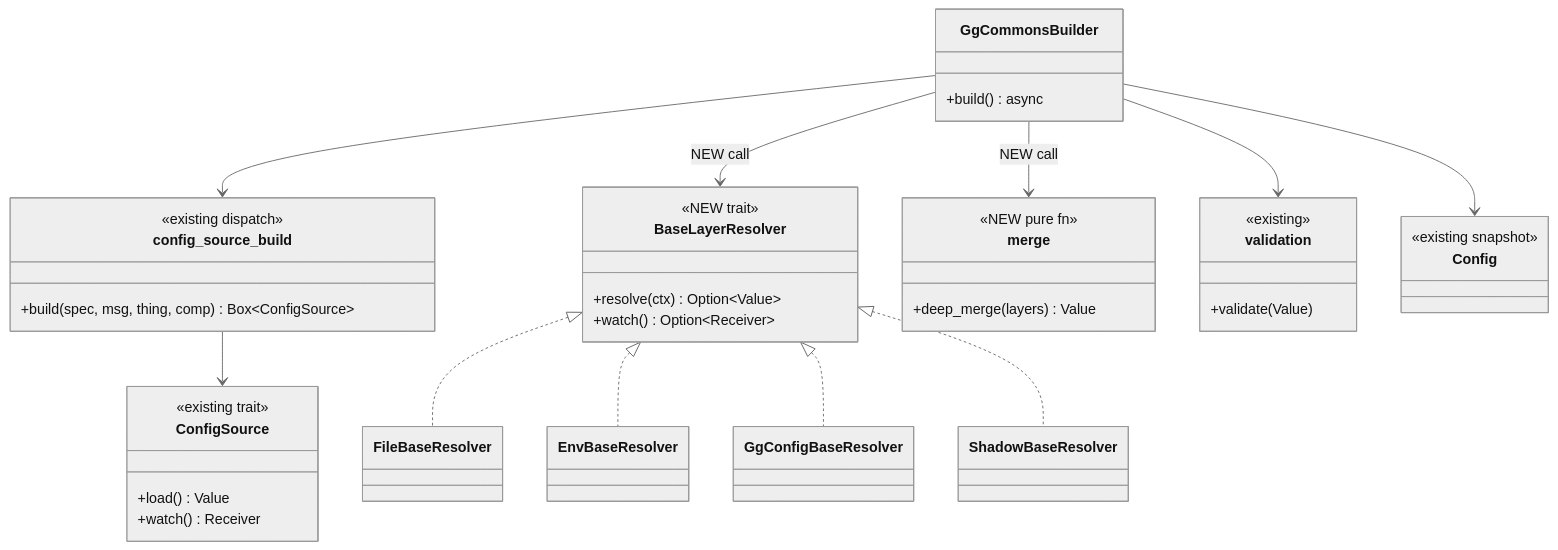
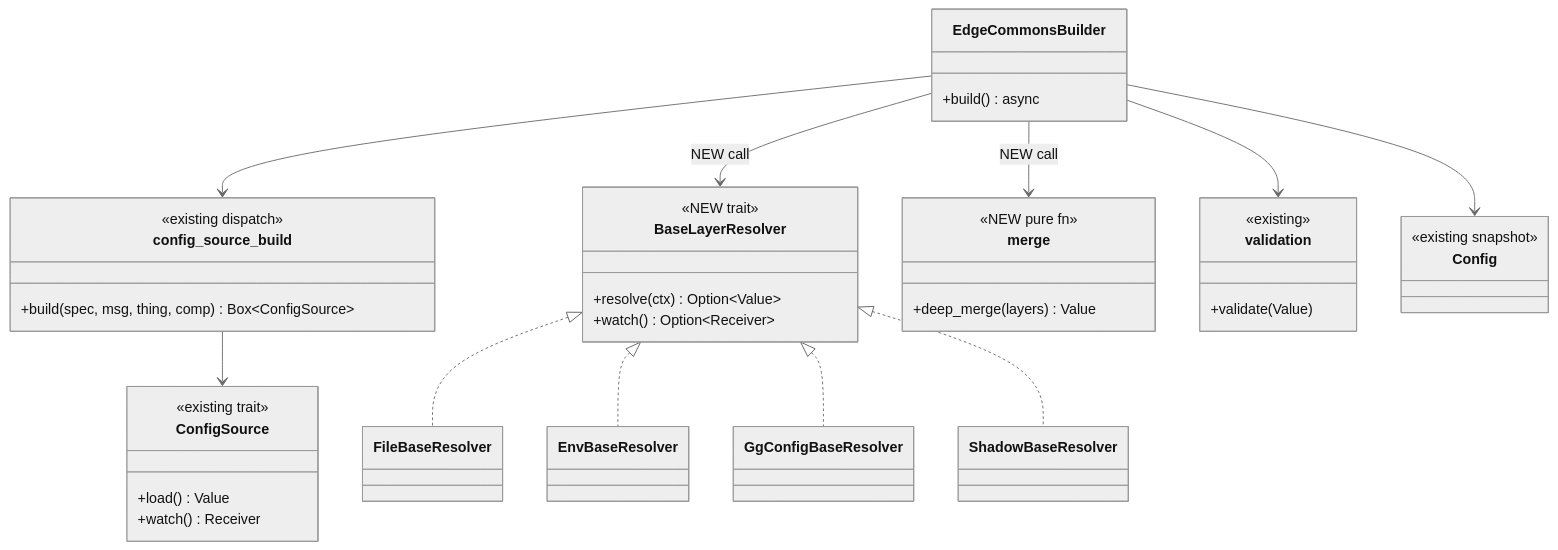
Before and after one commit to edgecommons/edgecommons: the fifth of 7 diagrams in docs/SHARED_CONFIG.md, drawn with Mermaid (neutral theme). The commit also changed other lines of this file and 1411 other files, not shown here.

````diff
--- a/docs/SHARED_CONFIG.md
+++ b/docs/SHARED_CONFIG.md
@@ -284,46 +284,46 @@
 ```mermaid
 classDiagram
-    class GgCommonsBuilder {
+    class EdgeCommonsBuilder {
         +build() async
     }
     class config_source_build {
         <<existing dispatch>>
         +build(spec, msg, thing, comp) Box~ConfigSource~
     }
     class ConfigSource {
         <<existing trait>>
         +load() Value
         +watch() Receiver
     }
     class BaseLayerResolver {
         <<NEW trait>>
         +resolve(ctx) Option~Value~
         +watch() Option~Receiver~
     }
     class FileBaseResolver
     class EnvBaseResolver
     class GgConfigBaseResolver
     class ShadowBaseResolver
     class merge {
         <<NEW pure fn>>
         +deep_merge(layers) Value
     }
     class validation {
         <<existing>>
         +validate(Value)
     }
     class Config {
         <<existing snapshot>>
     }
 
-    GgCommonsBuilder --> config_source_build
-    GgCommonsBuilder --> BaseLayerResolver : NEW call
-    GgCommonsBuilder --> merge : NEW call
-    GgCommonsBuilder --> validation
-    GgCommonsBuilder --> Config
+    EdgeCommonsBuilder --> config_source_build
+    EdgeCommonsBuilder --> BaseLayerResolver : NEW call
+    EdgeCommonsBuilder --> merge : NEW call
+    EdgeCommonsBuilder --> validation
+    EdgeCommonsBuilder --> Config
     config_source_build --> ConfigSource
     BaseLayerResolver <|.. FileBaseResolver
     BaseLayerResolver <|.. EnvBaseResolver
     BaseLayerResolver <|.. GgConfigBaseResolver
     BaseLayerResolver <|.. ShadowBaseResolver
 ```
````
